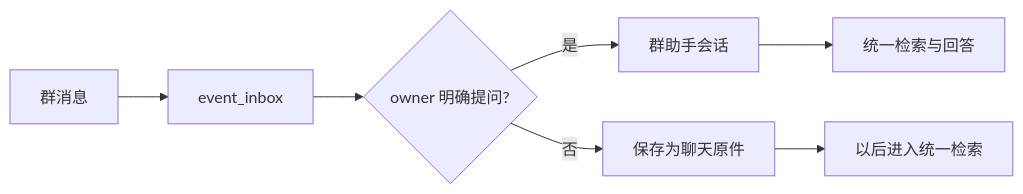
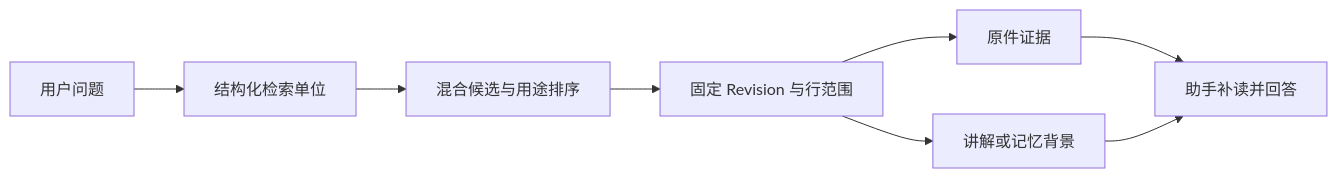
One commit to lejunyang/omem changed the diagram in .repo-review/knowledge/articles/c7ef9ab86227b21952d1f3567bf0ff43a7d5e858dd8fb114a0775b4a78d08de5.md. Above: the diagram before and after it, drawn with Mermaid. The commit also changed other lines of this file and 9 other files, not shown here.

````diff
--- a/.repo-review/knowledge/articles/c7ef9ab86227b21952d1f3567bf0ff43a7d5e858dd8fb114a0775b4a78d08de5.md
+++ b/.repo-review/knowledge/articles/c7ef9ab86227b21952d1f3567bf0ff43a7d5e858dd8fb114a0775b4a78d08de5.md
@@ -29,9 +56,10 @@
-```mermaid
+~~~mermaid
 flowchart LR
-  A[群消息] --> B[event_inbox]
-  B --> C{owner 明确提问?}
-  C -->|是| D[群助手会话]
-  C -->|否| E[保存为聊天原件]
-  D --> F[统一检索与回答]
-  E --> G[以后进入统一检索]
-```
+  Q[用户问题] --> U[结构化检索单位]
+  U --> H[混合候选与用途排序]
+  H --> A[固定 Revision 与行范围]
+  A --> E[原件证据]
+  A --> B[讲解或记忆背景]
+  E --> R[助手补读并回答]
+  B --> R
+~~~
````
